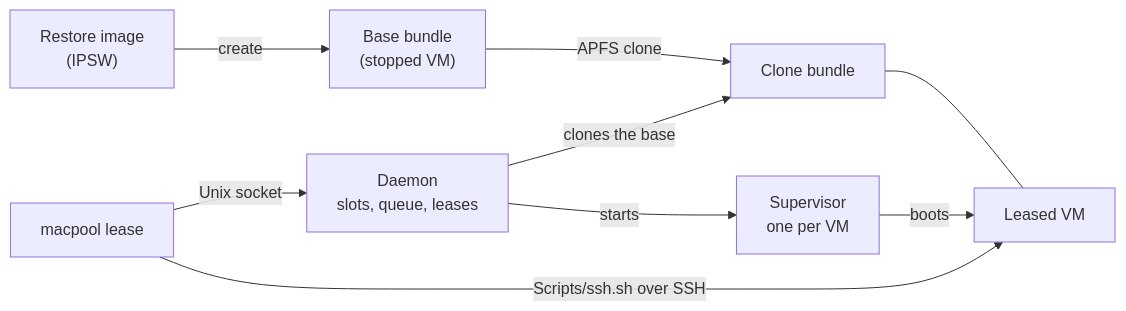
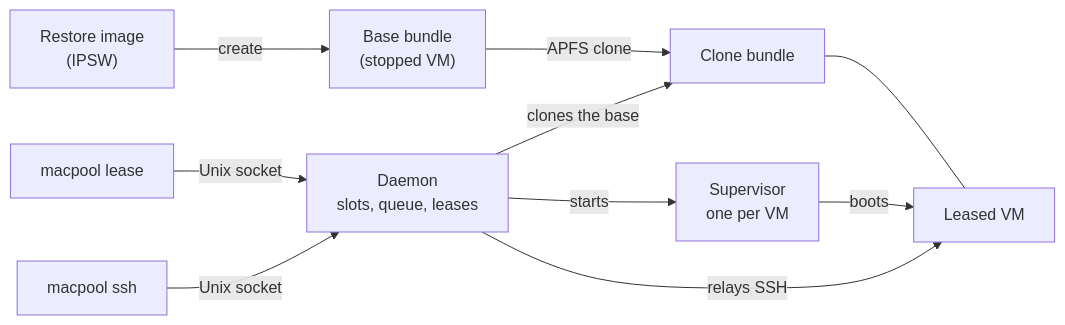
The diagram in README.md (mozharovsky/macpool), drawn with Mermaid before and after one commit. The commit also changed other lines of this file and 3 other files, not shown here.

First line of the commit message:
docs: log in to a lease with macpool ssh

````diff
--- a/README.md
+++ b/README.md
@@ -99,11 +100,12 @@
 ```mermaid
 flowchart LR
   IPSW["Restore image<br/>(IPSW)"] -- create --> BASE["Base bundle<br/>(stopped VM)"]
   BASE -- APFS clone --> CLONE["Clone bundle"]
   CLIENT["macpool lease"] -- Unix socket --> DAEMON["Daemon<br/>slots, queue, leases"]
   DAEMON -- clones the base --> CLONE
   DAEMON -- starts --> SUP["Supervisor<br/>one per VM"]
   SUP -- boots --> VM["Leased VM"]
   CLONE --- VM
-  CLIENT -- "Scripts/ssh.sh over SSH" --> VM
+  SSH["macpool ssh"] -- Unix socket --> DAEMON
+  DAEMON -- relays SSH --> VM
 ```
````
